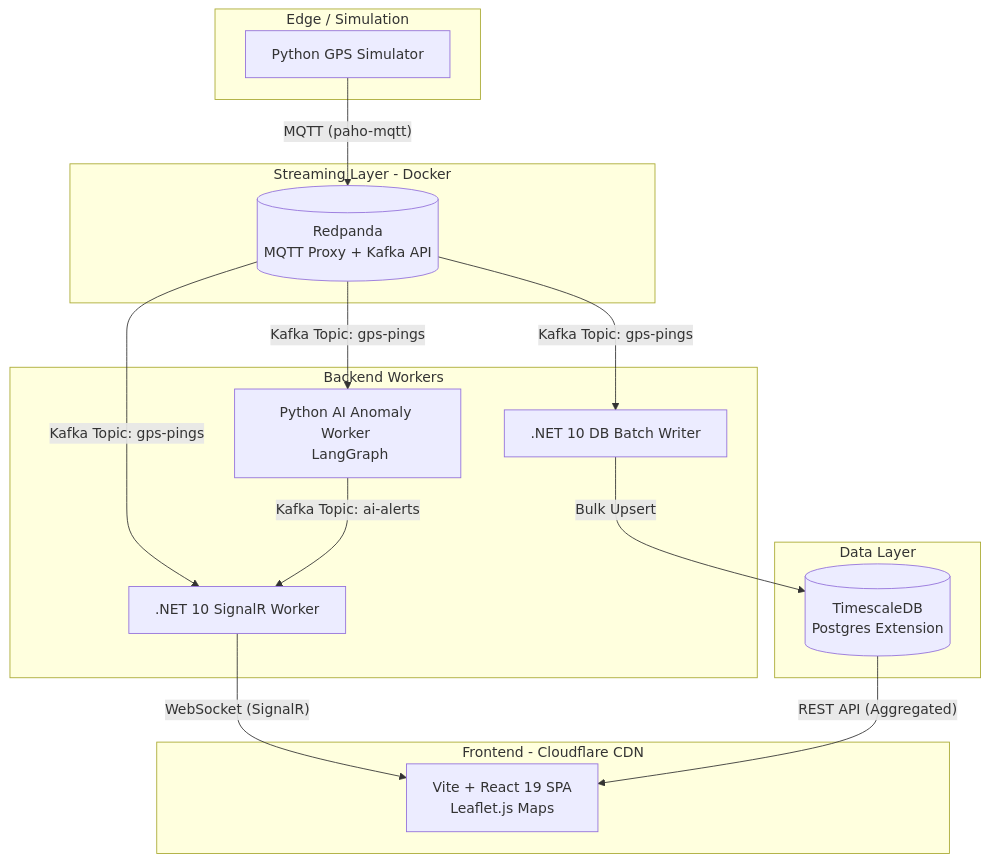
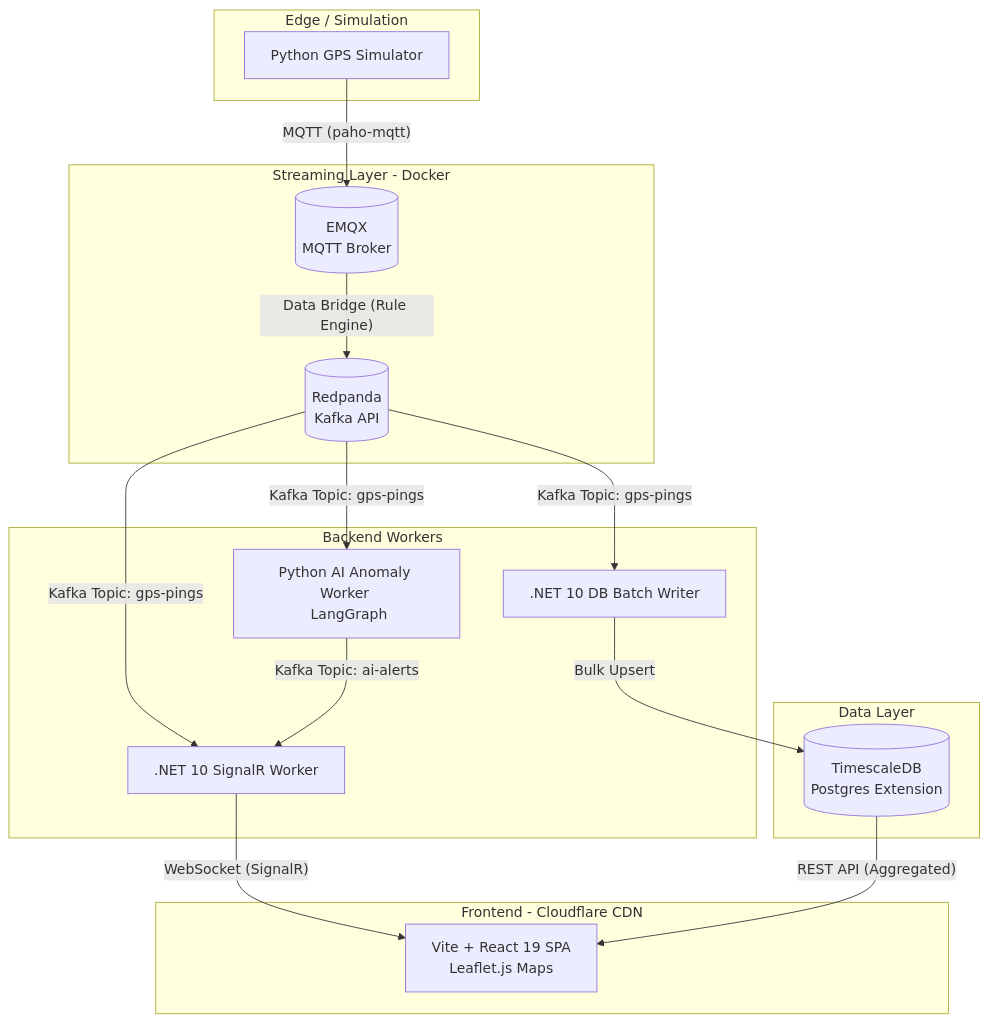
The diagram in README.md (josehvaldes/fleetpulsesystem), drawn with Mermaid before and after one commit. The commit also changed other lines of this file, not shown here.

First line of the commit message:
Revise README for architecture and technology updates

````diff
--- a/README.md
+++ b/README.md
@@ -10,38 +20,37 @@
 ```mermaid
 graph TD
+
 subgraph Edge [Edge / Simulation]
-
 Sim[Python GPS Simulator]
 end
+
 subgraph Stream [Streaming Layer - Docker]
+EMQX[(EMQX <br/> MQTT Broker)]
+RP[(Redpanda <br/> Kafka API)]
+EMQX -- "Data Bridge (Rule Engine)" --> RP
+end
 
-RP[(Redpanda <br/> MQTT Proxy + Kafka API)]
-end
 subgraph Processing [Backend Workers]
-
 WS[.NET 10 SignalR Worker]
-
 AI[Python AI Anomaly Worker <br/> LangGraph]
-
 DB[.NET 10 DB Batch Writer]
 end
 subgraph Storage [Data Layer]
-
 TSDB[(TimescaleDB <br/> Postgres Extension)]
 end
 subgraph Presentation [Frontend - Cloudflare CDN]
-
-
 UI[Vite + React 19 SPA <br/> Leaflet.js Maps]
 end
-Sim -- "MQTT (paho-mqtt)" --> RP
+
+Sim -- "MQTT (paho-mqtt)" --> EMQX
 RP -- "Kafka Topic: gps-pings" --> WS
 RP -- "Kafka Topic: gps-pings" --> AI
 RP -- "Kafka Topic: gps-pings" --> DB
 
 AI -- "Kafka Topic: ai-alerts" --> WS
 DB -- "Bulk Upsert" --> TSDB
-
 WS -- "WebSocket (SignalR)" --> UI
 TSDB -- "REST API (Aggregated)" --> UI
+
+
 ```
````
